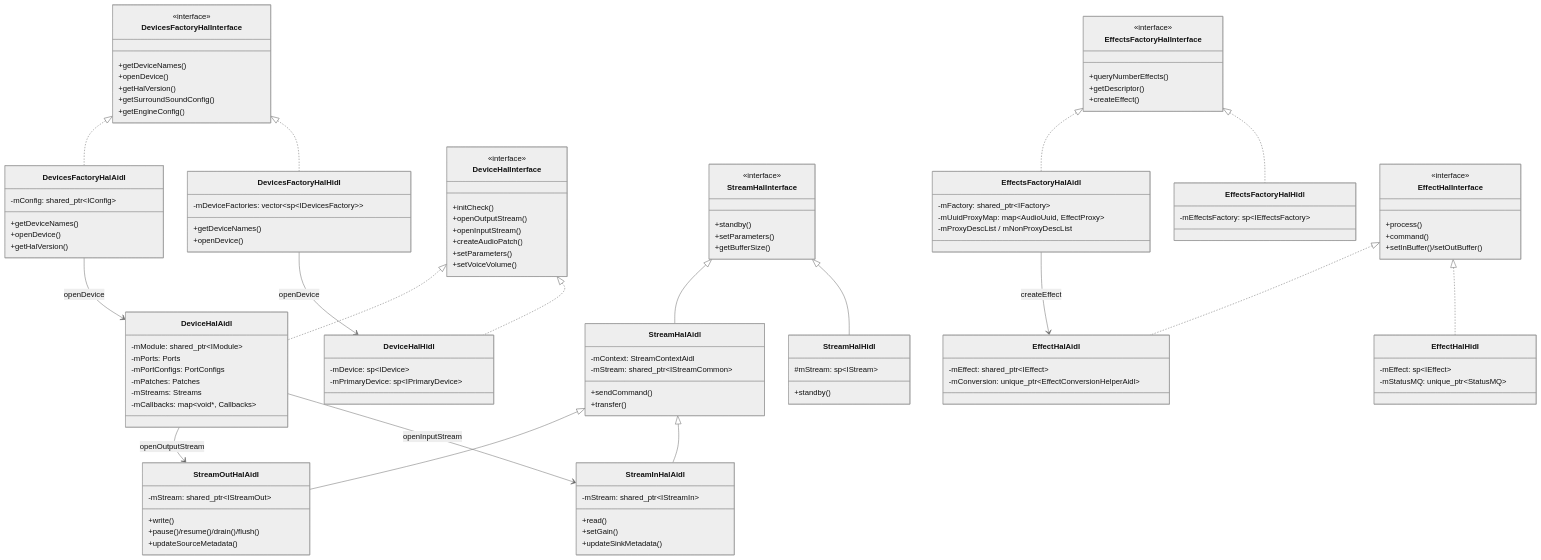
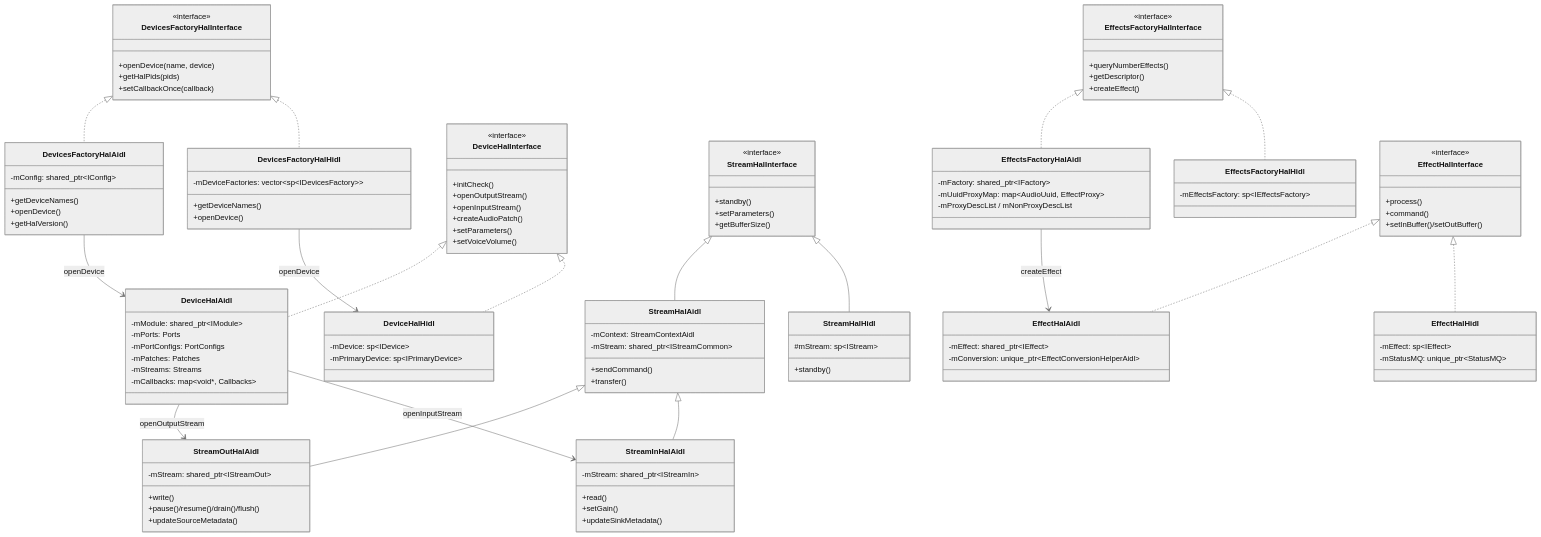
Before and after one commit to yanglinzhen1022/SA8295_AAOS_QNX_Audio_KnowledgeBase: the first of 11 diagrams in 08_HAL_Layer/08_8.11_libaudiohal-HAL适配层架构深度解析.md, drawn with Mermaid (neutral theme). The commit also changed other lines of this file and 9 other files, not shown here.

```diff
--- a/08_HAL_Layer/08_8.11_libaudiohal-HAL适配层架构深度解析.md
+++ b/08_HAL_Layer/08_8.11_libaudiohal-HAL适配层架构深度解析.md
@@ -19,11 +21,9 @@
 
     class DevicesFactoryHalInterface {
         <<interface>>
-        +getDeviceNames()
-        +openDevice()
-        +getHalVersion()
-        +getSurroundSoundConfig()
-        +getEngineConfig()
+        +openDevice(name, device)
+        +getHalPids(pids)
+        +setCallbackOnce(callback)
     }
     class DevicesFactoryHalAidl {
         -mConfig: shared_ptr~IConfig~
```
